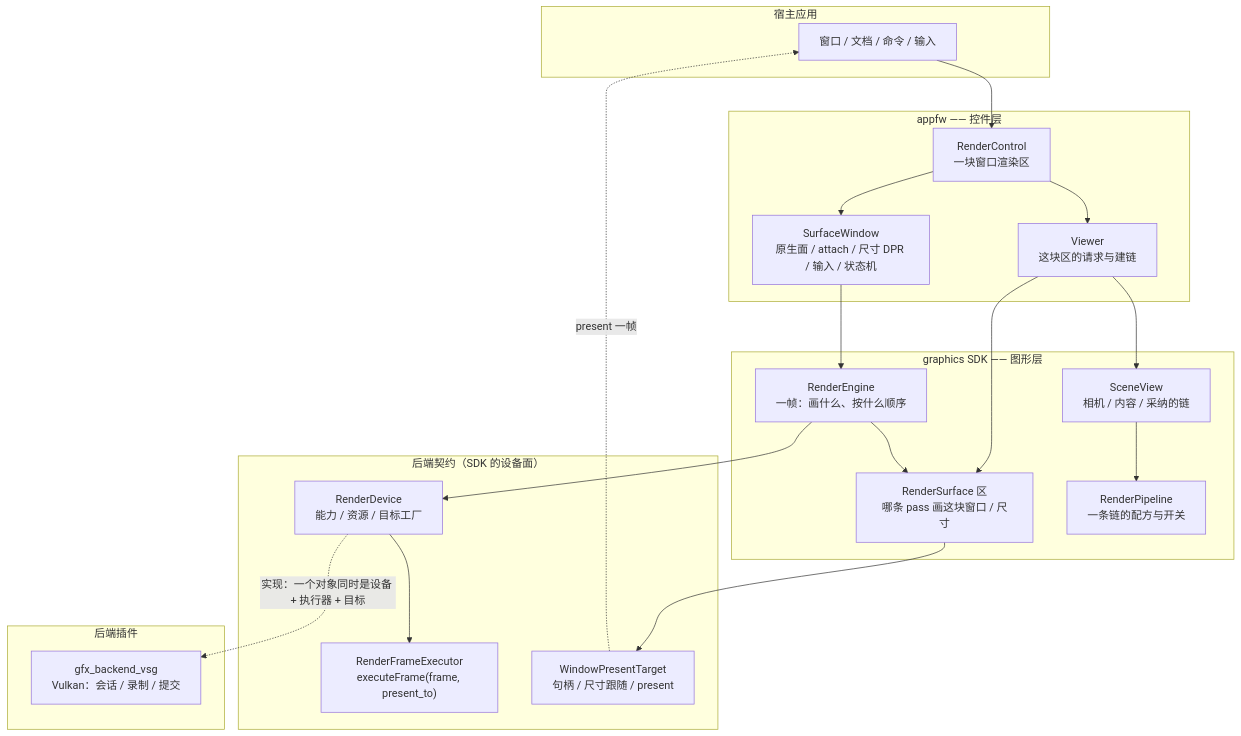
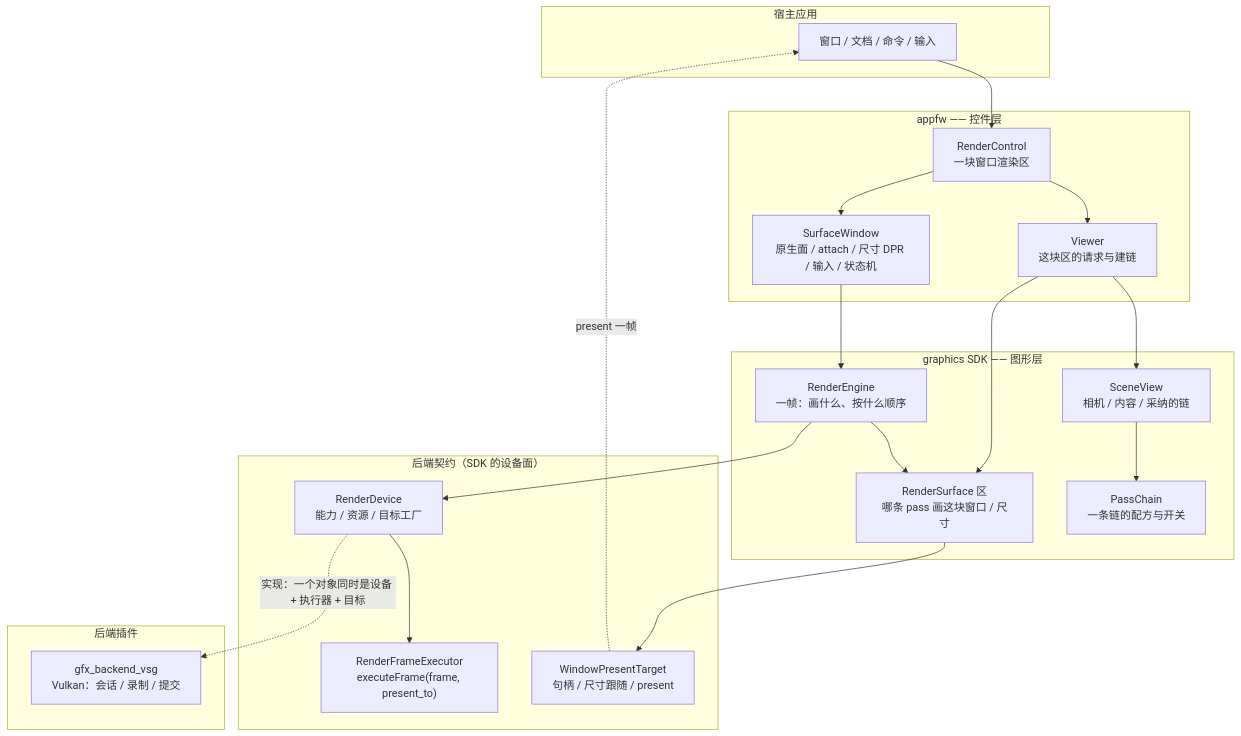
Before and after one commit to lonelyong/Vine: the first of 2 diagrams in docs/guides/render-views.md, drawn with Mermaid. The commit also changed other lines of this file and 52 other files, not shown here.

````diff
--- a/docs/guides/render-views.md
+++ b/docs/guides/render-views.md
@@ -29,43 +29,43 @@
 ```mermaid
 graph TB
     subgraph app["宿主应用"]
         HOST["窗口 / 文档 / 命令 / 输入"]
     end
 
     subgraph fw["appfw —— 控件层"]
         RC["RenderControl<br/>一块窗口渲染区"]
         SW["SurfaceWindow<br/>原生面 / attach / 尺寸 DPR / 输入 / 状态机"]
         VW["Viewer<br/>这块区的请求与建链"]
     end
 
     subgraph gfx["graphics SDK —— 图形层"]
         ENG["RenderEngine<br/>一帧：画什么、按什么顺序"]
         VIEW["SceneView<br/>相机 / 内容 / 采纳的链"]
         AREA["RenderSurface 区<br/>哪条 pass 画这块窗口 / 尺寸"]
-        PIPE["RenderPipeline<br/>一条链的配方与开关"]
+        PIPE["PassChain<br/>一条链的配方与开关"]
     end
 
     subgraph contract["后端契约（SDK 的设备面）"]
         DEV["RenderDevice<br/>能力 / 资源 / 目标工厂"]
         EXE["RenderFrameExecutor<br/>executeFrame(frame, present_to)"]
         TGT["WindowPresentTarget<br/>句柄 / 尺寸跟随 / present"]
     end
 
     subgraph plugin["后端插件"]
         VSG["gfx_backend_vsg<br/>Vulkan：会话 / 录制 / 提交"]
     end
 
     HOST --> RC
     RC --> SW
     RC --> VW
     SW --> ENG
     VW --> VIEW
     VIEW --> PIPE
     VW --> AREA
     ENG --> AREA
     ENG --> DEV
     DEV --> EXE
     DEV -.->|实现：一个对象同时是设备 + 执行器 + 目标| VSG
     AREA --> TGT
     TGT -.->|present 一帧| HOST
 ```
````
